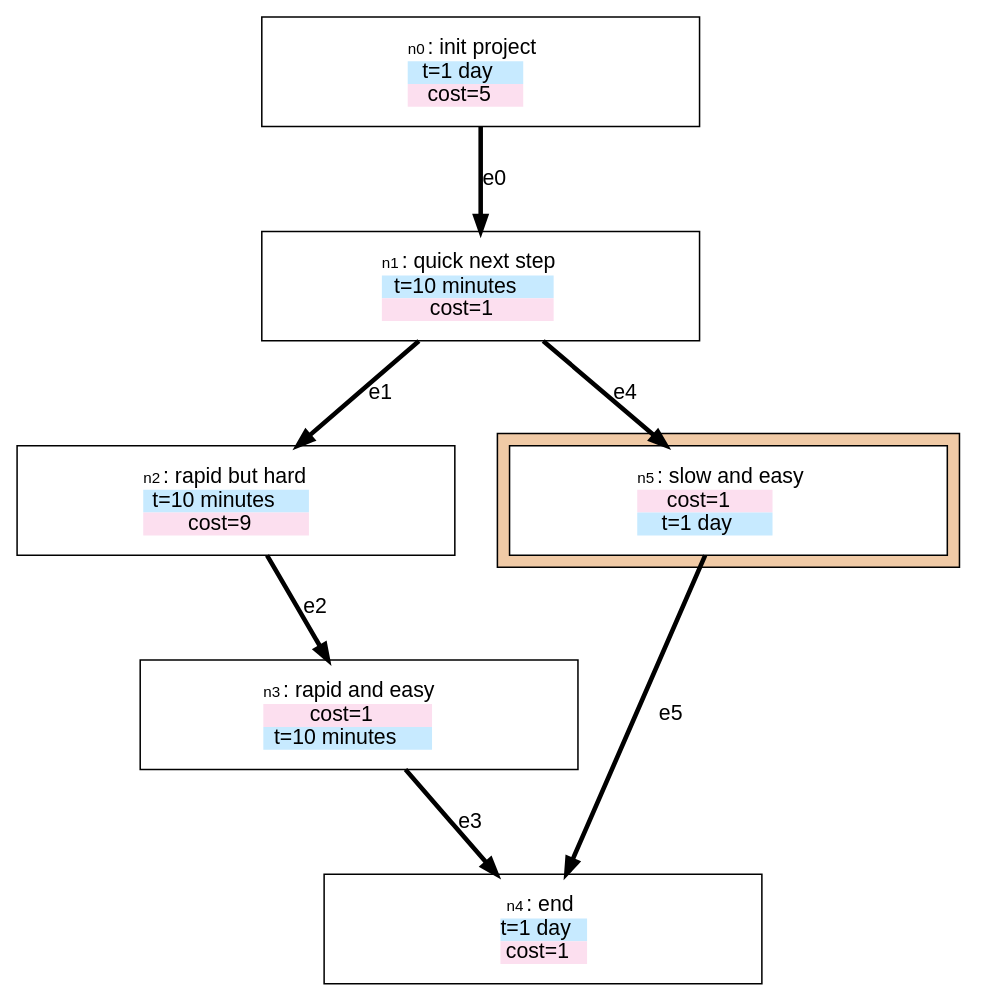
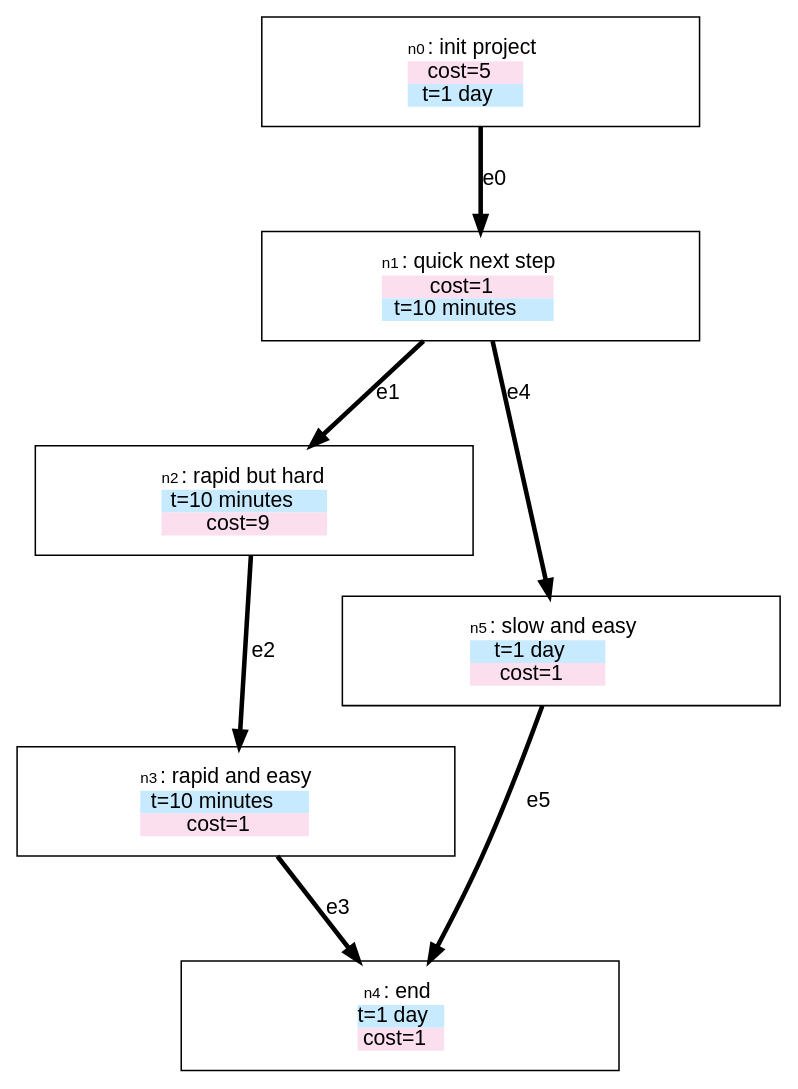
One commit to stevecooperorg/microdot changed the diagram in examples/variables.dot. Above: the diagram before and after it, drawn with Graphviz. The commit also changed 6 other files, not shown here.

```diff
--- a/examples/variables.dot
+++ b/examples/variables.dot
@@ -1,121 +1,117 @@
 digraph {
 
     graph [fontname = "helvetica" rankdir="TB" ranksep=0.75 nodesep=0.5];
     node [fontname = "helvetica" shape = "box" width=2.5 style=filled];
     edge [fontname = "helvetica" penwidth=3 color="#000000"];
 
     n0 [width=4 height=1 label=< <TABLE BORDER="0" CELLPADDING="0" CELLSPACING="0">
     <TR>
         <TD COLSPAN="2"><FONT POINT-SIZE="10">n0</FONT>: init project</TD>
     </TR>
     
         
            <TR>
-<TD BGCOLOR="#C7EAFF"><FONT COLOR="#000000">t=1 day</FONT></TD>
+<TD BGCOLOR="#FCDFEF"><FONT COLOR="#000000">cost=5</FONT></TD>
 </TR>
         
            <TR>
-<TD BGCOLOR="#FCDFEF"><FONT COLOR="#000000">cost=5</FONT></TD>
+<TD BGCOLOR="#C7EAFF"><FONT COLOR="#000000">t=1 day</FONT></TD>
 </TR>
         
     
    </TABLE>
 > fillcolor="#FFFFFF"]
     n1 [width=4 height=1 label=< <TABLE BORDER="0" CELLPADDING="0" CELLSPACING="0">
     <TR>
         <TD COLSPAN="2"><FONT POINT-SIZE="10">n1</FONT>: quick next step</TD>
     </TR>
     
         
            <TR>
-<TD BGCOLOR="#C7EAFF"><FONT COLOR="#000000">t=10 minutes</FONT></TD>
+<TD BGCOLOR="#FCDFEF"><FONT COLOR="#000000">cost=1</FONT></TD>
 </TR>
         
            <TR>
-<TD BGCOLOR="#FCDFEF"><FONT COLOR="#000000">cost=1</FONT></TD>
+<TD BGCOLOR="#C7EAFF"><FONT COLOR="#000000">t=10 minutes</FONT></TD>
 </TR>
         
     
    </TABLE>
 > fillcolor="#FFFFFF"]
     n2 [width=4 height=1 label=< <TABLE BORDER="0" CELLPADDING="0" CELLSPACING="0">
     <TR>
         <TD COLSPAN="2"><FONT POINT-SIZE="10">n2</FONT>: rapid but hard</TD>
     </TR>
     
         
            <TR>
 <TD BGCOLOR="#C7EAFF"><FONT COLOR="#000000">t=10 minutes</FONT></TD>
 </TR>
         
            <TR>
 <TD BGCOLOR="#FCDFEF"><FONT COLOR="#000000">cost=9</FONT></TD>
 </TR>
         
     
    </TABLE>
 > fillcolor="#FFFFFF"]
     n3 [width=4 height=1 label=< <TABLE BORDER="0" CELLPADDING="0" CELLSPACING="0">
     <TR>
         <TD COLSPAN="2"><FONT POINT-SIZE="10">n3</FONT>: rapid and easy</TD>
     </TR>
     
         
            <TR>
-<TD BGCOLOR="#FCDFEF"><FONT COLOR="#000000">cost=1</FONT></TD>
+<TD BGCOLOR="#C7EAFF"><FONT COLOR="#000000">t=10 minutes</FONT></TD>
 </TR>
         
            <TR>
-<TD BGCOLOR="#C7EAFF"><FONT COLOR="#000000">t=10 minutes</FONT></TD>
+<TD BGCOLOR="#FCDFEF"><FONT COLOR="#000000">cost=1</FONT></TD>
 </TR>
         
     
    </TABLE>
 > fillcolor="#FFFFFF"]
     n4 [width=4 height=1 label=< <TABLE BORDER="0" CELLPADDING="0" CELLSPACING="0">
     <TR>
         <TD COLSPAN="2"><FONT POINT-SIZE="10">n4</FONT>: end</TD>
     </TR>
     
         
            <TR>
 <TD BGCOLOR="#C7EAFF"><FONT COLOR="#000000">t=1 day</FONT></TD>
 </TR>
         
            <TR>
 <TD BGCOLOR="#FCDFEF"><FONT COLOR="#000000">cost=1</FONT></TD>
 </TR>
         
     
    </TABLE>
 > fillcolor="#FFFFFF"]
-  subgraph cluster_SG_SUBGRAPH {
-
-  bgcolor="#F0CAA6"
     n5 [width=4 height=1 label=< <TABLE BORDER="0" CELLPADDING="0" CELLSPACING="0">
     <TR>
         <TD COLSPAN="2"><FONT POINT-SIZE="10">n5</FONT>: slow and easy</TD>
     </TR>
     
         
            <TR>
-<TD BGCOLOR="#FCDFEF"><FONT COLOR="#000000">cost=1</FONT></TD>
+<TD BGCOLOR="#C7EAFF"><FONT COLOR="#000000">t=1 day</FONT></TD>
 </TR>
         
            <TR>
-<TD BGCOLOR="#C7EAFF"><FONT COLOR="#000000">t=1 day</FONT></TD>
+<TD BGCOLOR="#FCDFEF"><FONT COLOR="#000000">cost=1</FONT></TD>
 </TR>
         
     
    </TABLE>
 > fillcolor="#FFFFFF"]
-  }
 
     "n0" -> "n1" [label="e0"];
     "n1" -> "n2" [label="e1"];
     "n2" -> "n3" [label="e2"];
     "n3" -> "n4" [label="e3"];
     "n1" -> "n5" [label="e4"];
     "n5" -> "n4" [label="e5"];
 
 }
```
